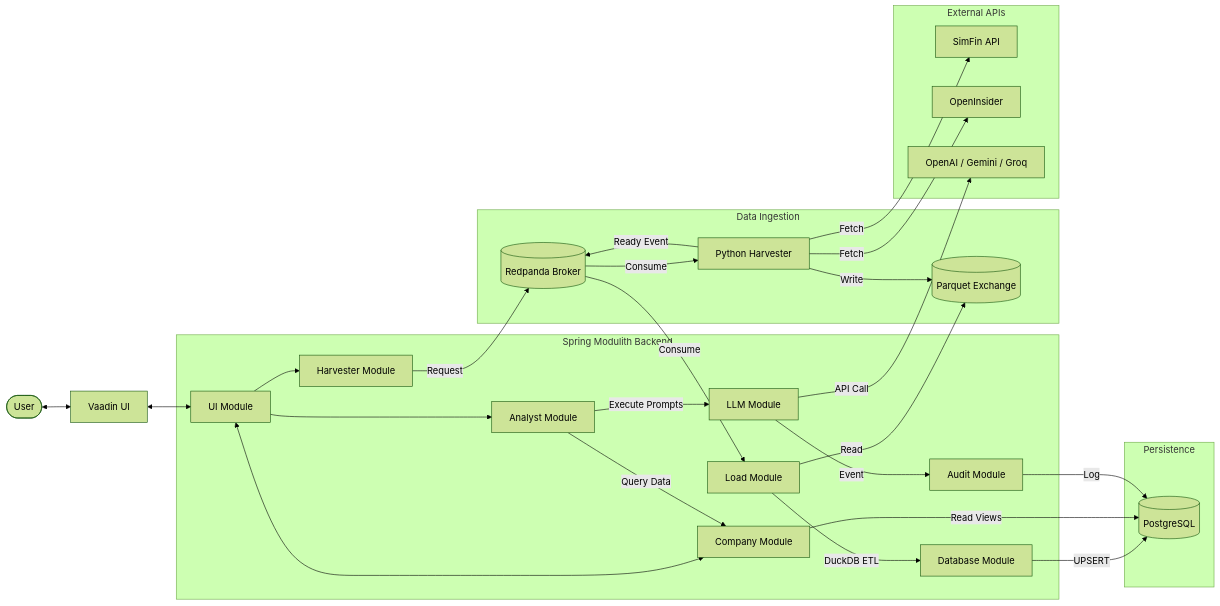
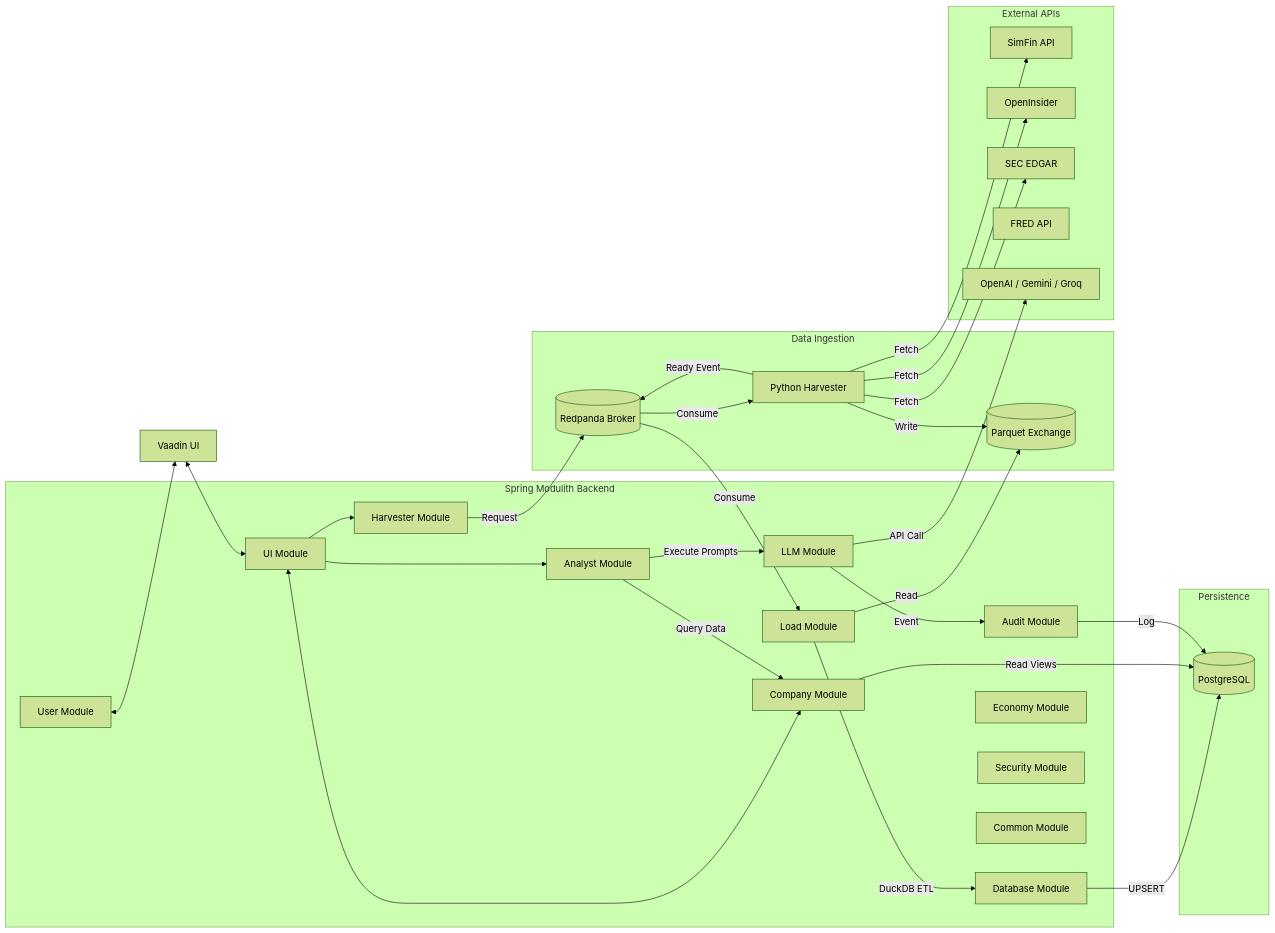
Before and after one commit to amanitka/oraculum: the diagram in README.md, drawn with Mermaid (forest theme). The commit also changed other lines of this file and 15 other files, not shown here.

````diff
--- a/README.md
+++ b/README.md
@@ -32,59 +41,66 @@
 ```mermaid
 flowchart LR
     User([User]) <--> UI["Vaadin UI"]
     
     subgraph Spring Modulith Backend
         UI_Mod["UI Module"]
         Company["Company Module"]
         Analyst["Analyst Module"]
         Harvester_Mod["Harvester Module"]
         Load["Load Module"]
         Database["Database Module"]
         LLM["LLM Module"]
         Audit["Audit Module"]
+        Economy["Economy Module"]
+        User["User Module"]
+        Security["Security Module"]
+        Common["Common Module"]
     end
     
     subgraph Data Ingestion
         Kafka[("Redpanda Broker")]
         PythonHarvester["Python Harvester"]
         ExchangeDir[("Parquet Exchange")]
     end
 
     subgraph External APIs
         SimFin["SimFin API"]
         OpenInsider["OpenInsider"]
+        SEC_EDGAR["SEC EDGAR"]
+        FRED["FRED API"]
         AI_Models["OpenAI / Gemini / Groq"]
     end
 
     subgraph Persistence
         Postgres[("PostgreSQL")]
     end
 
     %% Core UI Flow
     UI <--> UI_Mod
     UI_Mod <--> Company
     UI_Mod --> Analyst
     UI_Mod --> Harvester_Mod
     
     %% Harvester / Ingestion Pipeline
     Harvester_Mod -- "Request" --> Kafka
     Kafka -- "Consume" --> PythonHarvester
     PythonHarvester -- "Fetch" --> SimFin
     PythonHarvester -- "Fetch" --> OpenInsider
+    PythonHarvester -- "Fetch" --> SEC_EDGAR
     PythonHarvester -- "Write" --> ExchangeDir
     PythonHarvester -- "Ready Event" --> Kafka
     
     %% Data Load Pipeline
     Kafka -- "Consume" --> Load
     Load -- "Read" --> ExchangeDir
     Load -- "DuckDB ETL" --> Database
     Database -- "UPSERT" --> Postgres
     
     %% Analysis Flow
     Analyst -- "Query Data" --> Company
     Company -- "Read Views" --> Postgres
     Analyst -- "Execute Prompts" --> LLM
     LLM -- "API Call" --> AI_Models
     LLM -- "Event" --> Audit
     Audit -- "Log" --> Postgres
 ```
````
